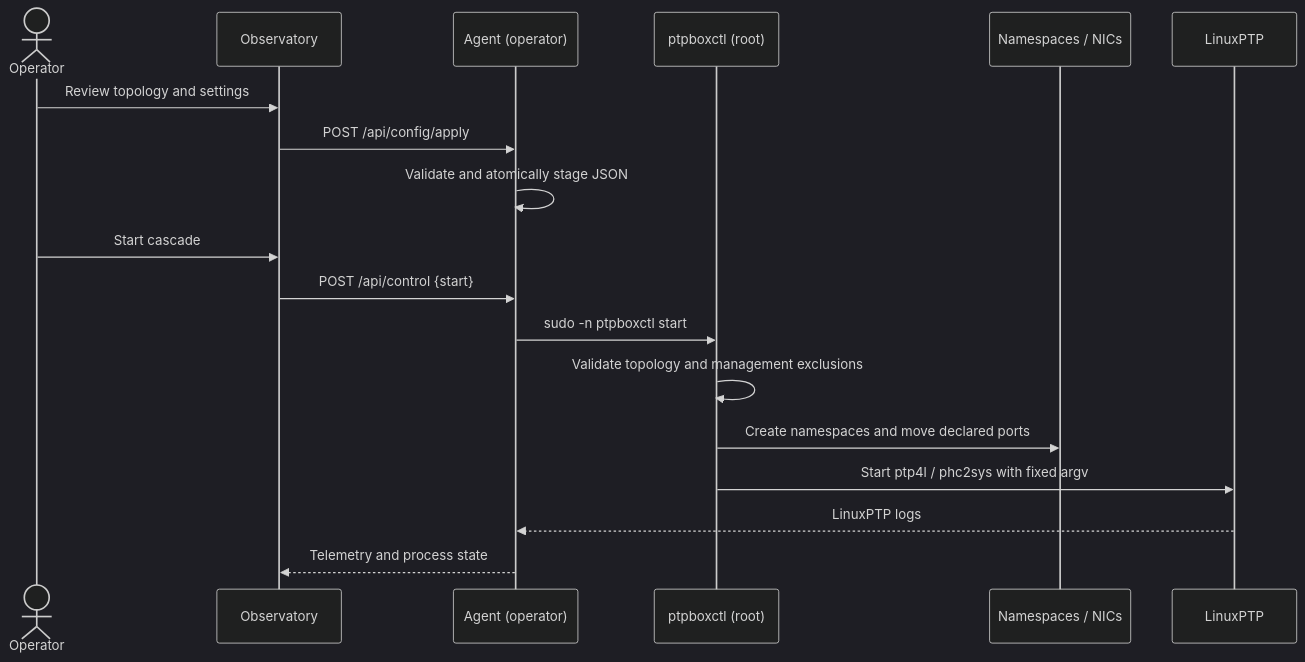
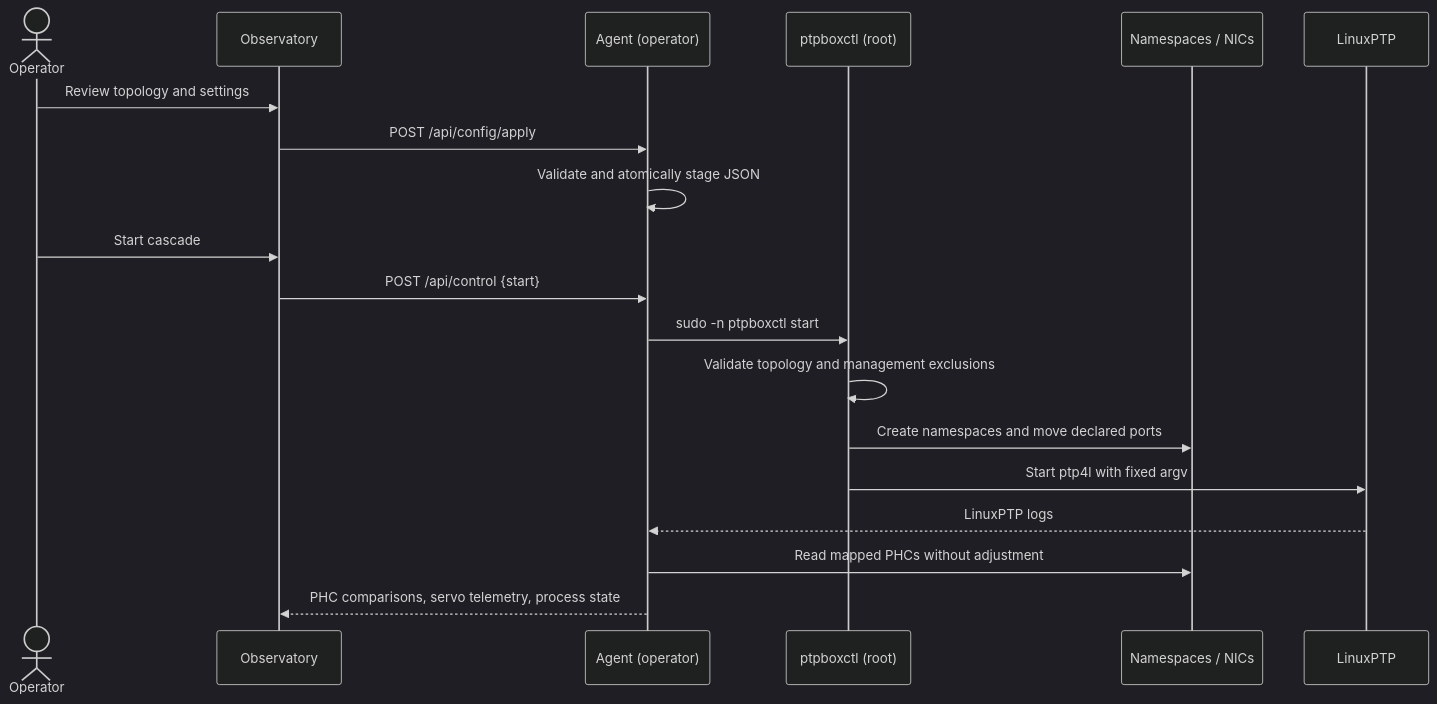
Before and after one commit to ahmadexp/PTPBox: the diagram in docs/ARCHITECTURE.md, drawn with Mermaid (dark theme). The commit also changed other lines of this file and 13 other files, not shown here.

Commit message:
Measure isolated NIC PHCs without disciplining them

````diff
--- a/docs/ARCHITECTURE.md
+++ b/docs/ARCHITECTURE.md
@@ -105,21 +117,22 @@
 ```mermaid
 sequenceDiagram
     actor Operator
     participant UI as Observatory
     participant A as Agent (operator)
     participant C as ptpboxctl (root)
     participant N as Namespaces / NICs
     participant P as LinuxPTP
 
     Operator->>UI: Review topology and settings
     UI->>A: POST /api/config/apply
     A->>A: Validate and atomically stage JSON
     Operator->>UI: Start cascade
     UI->>A: POST /api/control {start}
     A->>C: sudo -n ptpboxctl start
     C->>C: Validate topology and management exclusions
     C->>N: Create namespaces and move declared ports
-    C->>P: Start ptp4l / phc2sys with fixed argv
+    C->>P: Start ptp4l with fixed argv
     P-->>A: LinuxPTP logs
-    A-->>UI: Telemetry and process state
+    A->>N: Read mapped PHCs without adjustment
+    A-->>UI: PHC comparisons, servo telemetry, process state
 ```
````
